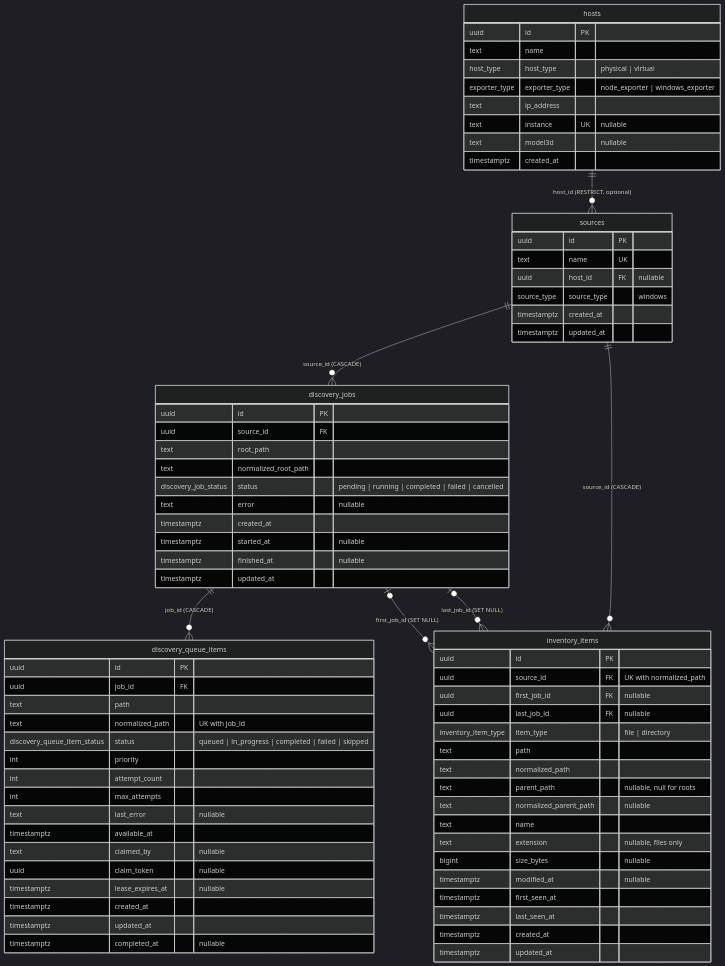
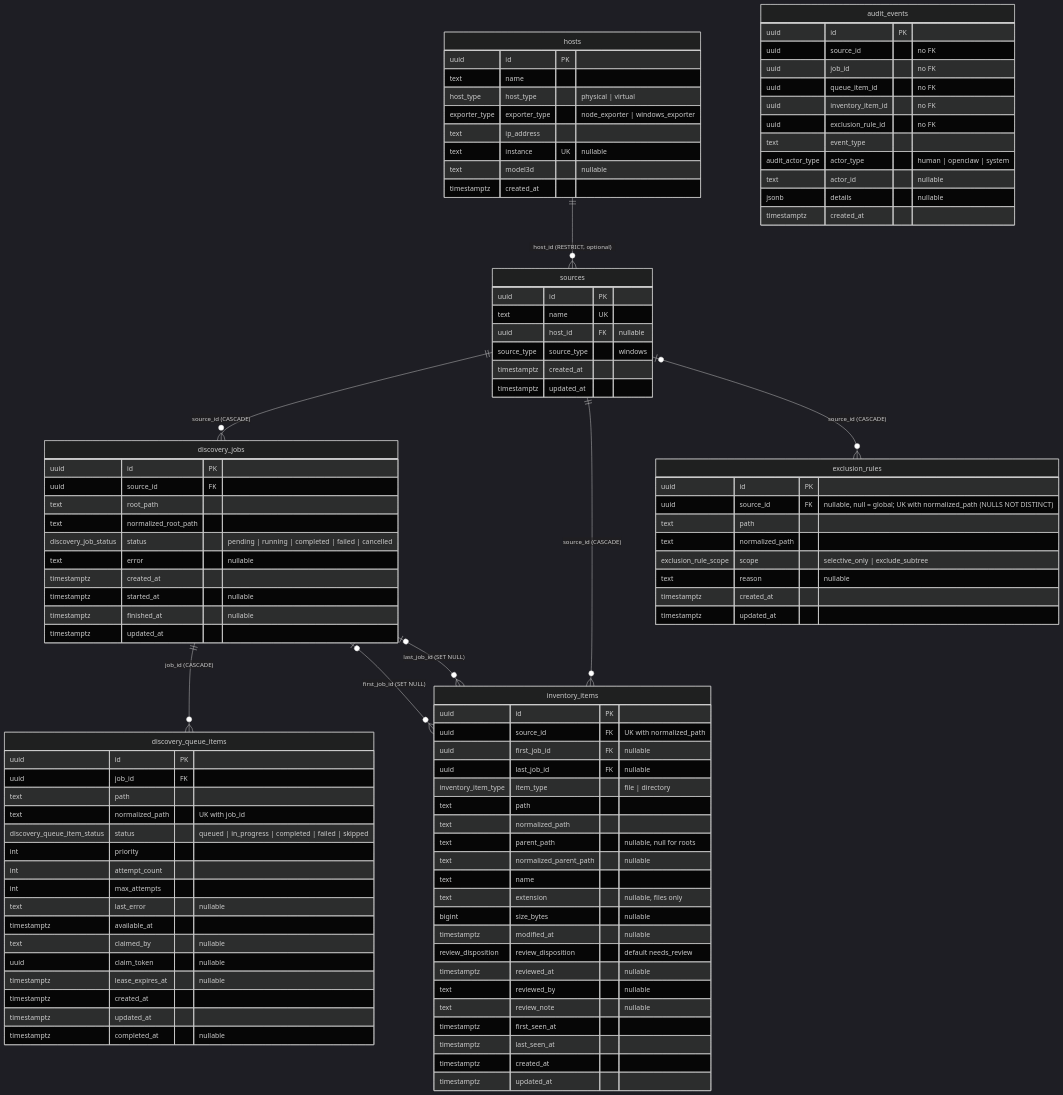
The diagram in packages/homelab-db/ERD.md (pbabbott/home-web-apps), drawn with Mermaid (dark theme) before and after one commit. The commit also changed other lines of this file and 46 other files, not shown here.

First line of the commit message:
feat(homelab-api): exclusion rules, inventory review, audit events

````diff
--- a/packages/homelab-db/ERD.md
+++ b/packages/homelab-db/ERD.md
@@ -8,6 +8,7 @@
     sources ||--o{ discovery_jobs : "source_id (CASCADE)"
     discovery_jobs ||--o{ discovery_queue_items : "job_id (CASCADE)"
     sources ||--o{ inventory_items : "source_id (CASCADE)"
+    sources |o--o{ exclusion_rules : "source_id (CASCADE)"
     discovery_jobs |o--o{ inventory_items : "first_job_id (SET NULL)"
     discovery_jobs |o--o{ inventory_items : "last_job_id (SET NULL)"
 
@@ -77,9 +78,38 @@
         text extension "nullable, files only"
         bigint size_bytes "nullable"
         timestamptz modified_at "nullable"
+        review_disposition review_disposition "default needs_review"
+        timestamptz reviewed_at "nullable"
+        text reviewed_by "nullable"
+        text review_note "nullable"
         timestamptz first_seen_at
         timestamptz last_seen_at
         timestamptz created_at
         timestamptz updated_at
     }
+
+    exclusion_rules {
+        uuid id PK
+        uuid source_id FK "nullable, null = global; UK with normalized_path (NULLS NOT DISTINCT)"
+        text path
+        text normalized_path
+        exclusion_rule_scope scope "selective_only | exclude_subtree"
+        text reason "nullable"
+        timestamptz created_at
+        timestamptz updated_at
+    }
+
+    audit_events {
+        uuid id PK
+        uuid source_id "no FK"
+        uuid job_id "no FK"
+        uuid queue_item_id "no FK"
+        uuid inventory_item_id "no FK"
+        uuid exclusion_rule_id "no FK"
+        text event_type
+        audit_actor_type actor_type "human | openclaw | system"
+        text actor_id "nullable"
+        jsonb details "nullable"
+        timestamptz created_at
+    }
 ```
````
